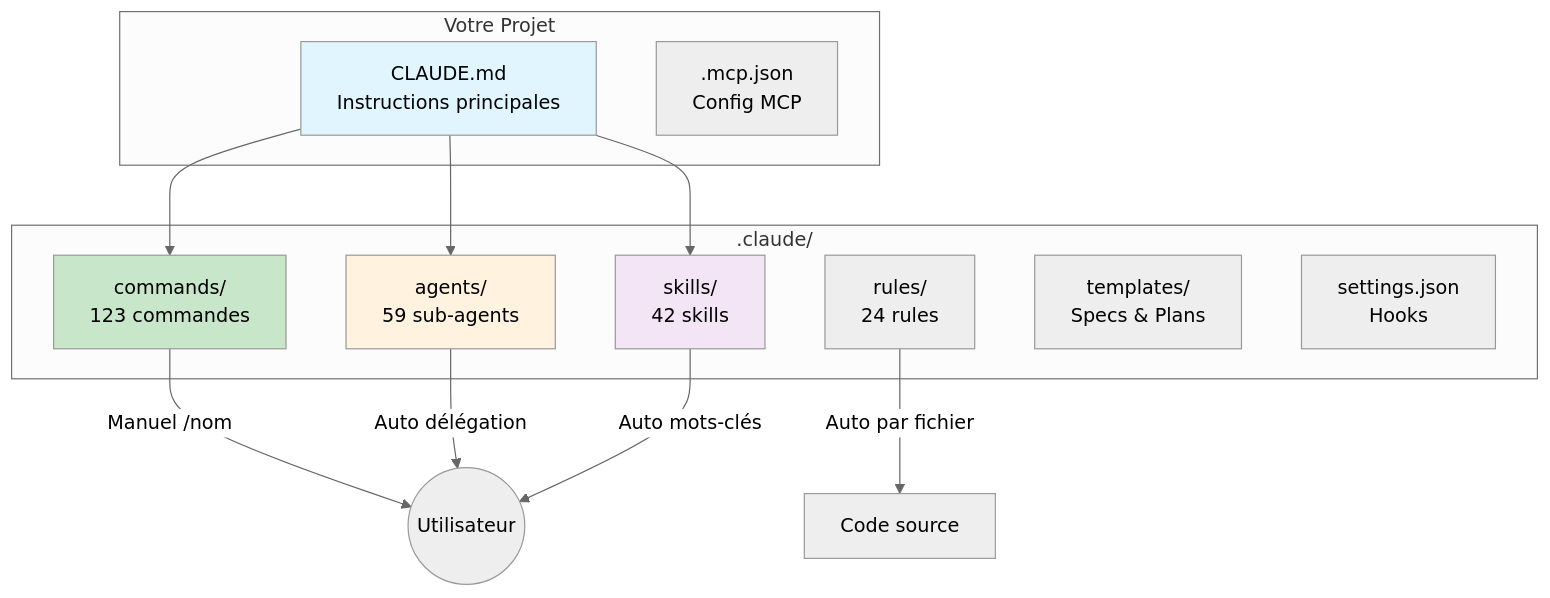
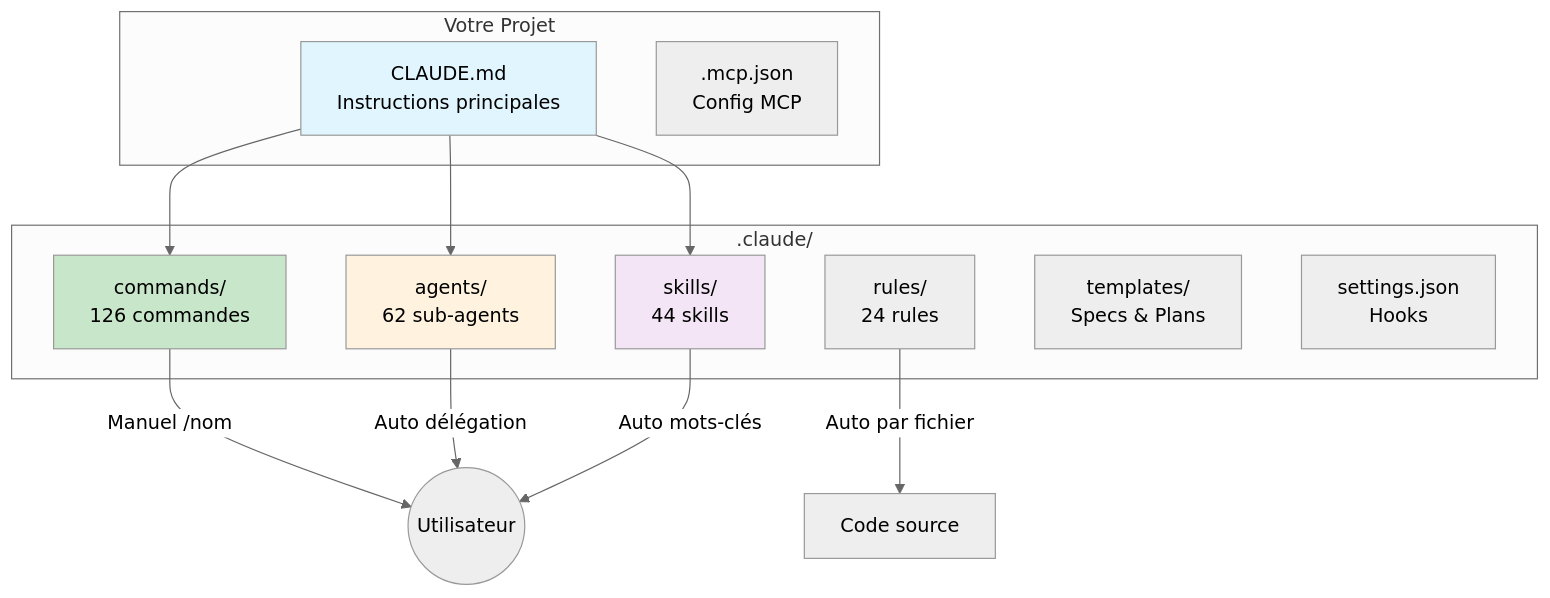
One commit to christopherlouet/claude-base changed the first of 2 diagrams in website/docs/intro/architecture.md. Above: the diagram before and after it, drawn with Mermaid (neutral theme). The commit also changed other lines of this file and 4 other files, not shown here.

Commit message:
fix(docs): update counts to 126 commands, 62 agents, 44 skills

````diff
--- a/website/docs/intro/architecture.md
+++ b/website/docs/intro/architecture.md
@@ -15,30 +15,30 @@
 ```mermaid
 graph TB
     subgraph "Votre Projet"
         CLAUDE[CLAUDE.md<br/>Instructions principales]
         MCP[.mcp.json<br/>Config MCP]
     end
 
     subgraph ".claude/"
-        CMDS[commands/<br/>123 commandes]
-        AGENTS[agents/<br/>59 sub-agents]
-        SKILLS[skills/<br/>42 skills]
+        CMDS[commands/<br/>126 commandes]
+        AGENTS[agents/<br/>62 sub-agents]
+        SKILLS[skills/<br/>44 skills]
         RULES[rules/<br/>24 rules]
         TPL[templates/<br/>Specs & Plans]
         SETTINGS[settings.json<br/>Hooks]
     end
 
     CLAUDE --> CMDS
     CLAUDE --> AGENTS
     CLAUDE --> SKILLS
 
     CMDS --> |"Manuel /nom"| USER((Utilisateur))
     AGENTS --> |"Auto délégation"| USER
     SKILLS --> |"Auto mots-clés"| USER
     RULES --> |"Auto par fichier"| CODE[Code source]
 
     style CLAUDE fill:#e1f5fe
     style CMDS fill:#c8e6c9
     style AGENTS fill:#fff3e0
     style SKILLS fill:#f3e5f5
 ```
````
